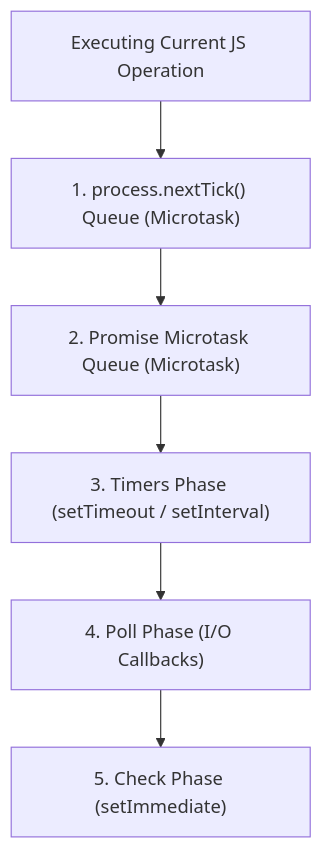
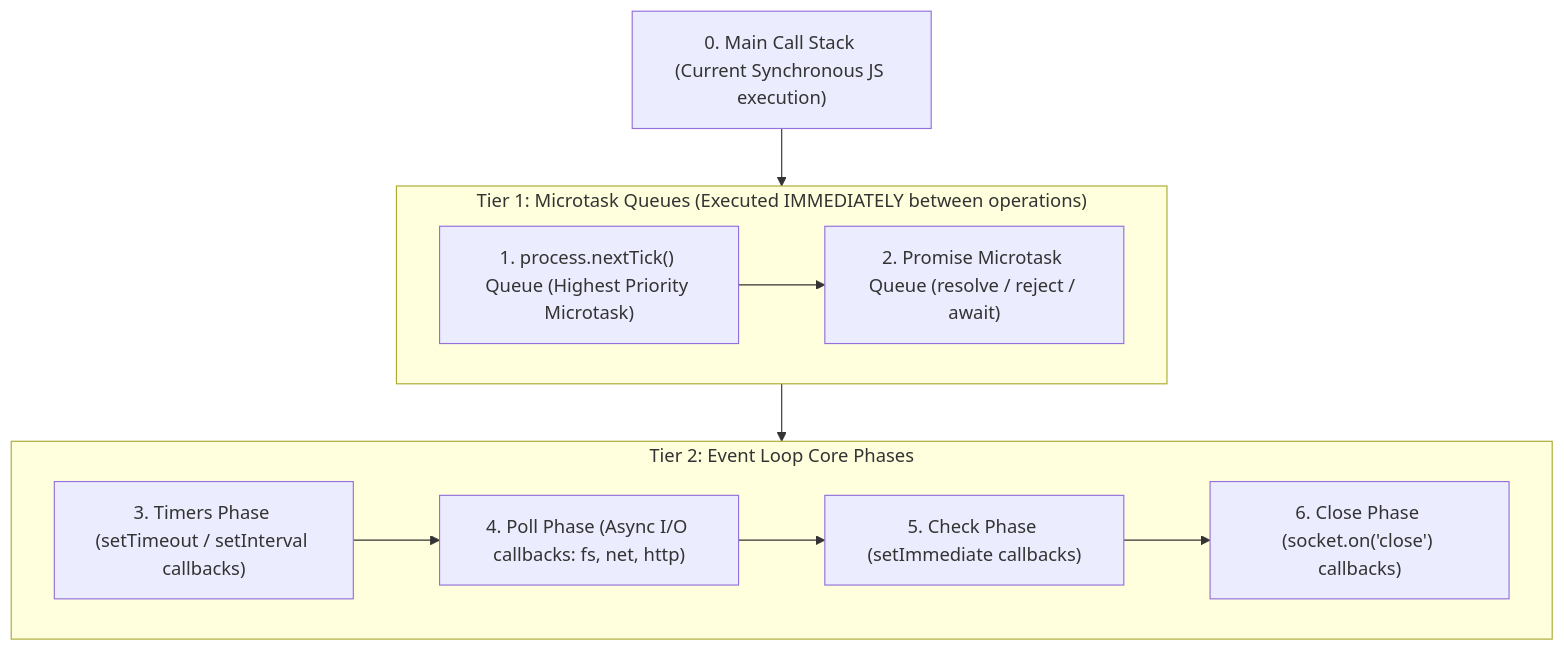
Before and after one commit to Amie-dev/engineering-playbook: the first of 2 diagrams in nodejs-notes/04-timers-in-node.md, drawn with Mermaid. The commit also changed other lines of this file and 32 other files, not shown here.

````diff
--- a/nodejs-notes/04-timers-in-node.md
+++ b/nodejs-notes/04-timers-in-node.md
@@ -10,8 +15,23 @@
 ```mermaid
-graph TD
-    Current[Executing Current JS Operation] --> NextTick["1. process.nextTick() Queue (Microtask)"]
-    NextTick --> PromiseQueue["2. Promise Microtask Queue (Microtask)"]
-    PromiseQueue --> TimersPhase["3. Timers Phase (setTimeout / setInterval)"]
-    TimersPhase --> PollPhase["4. Poll Phase (I/O Callbacks)"]
-    PollPhase --> CheckPhase["5. Check Phase (setImmediate)"]
+flowchart TD
+    CallStack["0. Main Call Stack (Current Synchronous JS execution)"] --> Tier1
+
+    subgraph Tier1["Tier 1: Microtask Queues (Executed IMMEDIATELY between operations)"]
+        NextTick["1. process.nextTick() Queue (Highest Priority Microtask)"]
+        PromiseQueue["2. Promise Microtask Queue (resolve / reject / await)"]
+        NextTick --> PromiseQueue
+    end
+
+    Tier1 --> Tier2
+
+    subgraph Tier2["Tier 2: Event Loop Core Phases"]
+        TimersPhase["3. Timers Phase (setTimeout / setInterval callbacks)"]
+        PollPhase["4. Poll Phase (Async I/O callbacks: fs, net, http)"]
+        CheckPhase["5. Check Phase (setImmediate callbacks)"]
+        ClosePhase["6. Close Phase (socket.on('close') callbacks)"]
+        
+        TimersPhase --> PollPhase
+        PollPhase --> CheckPhase
+        CheckPhase --> ClosePhase
+    end
 ```
````
